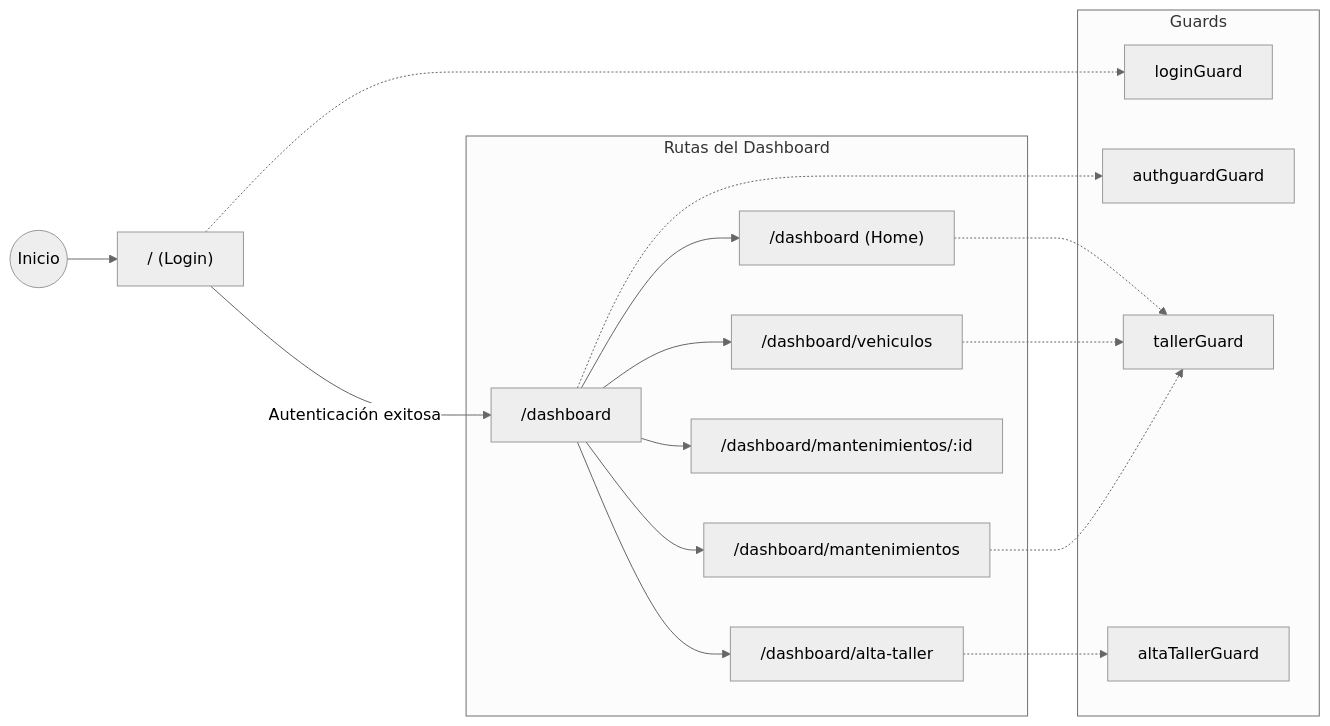
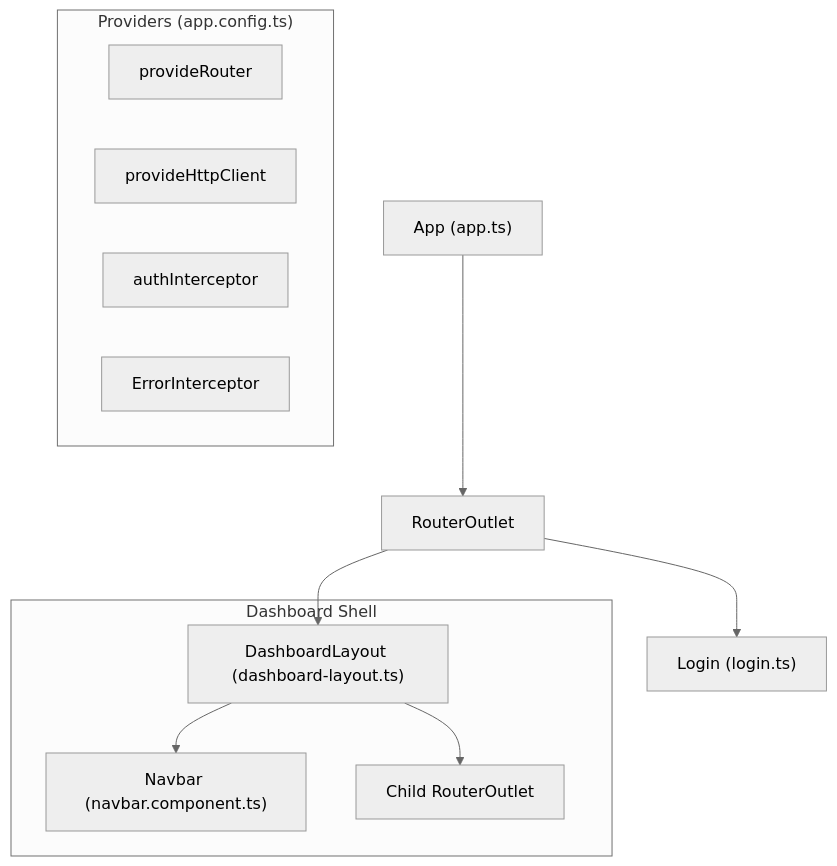
The first of 3 diagrams in README.md (JaviRSDEV/FrontCarLog), drawn with Mermaid (neutral theme) before and after one commit. The commit also changed other lines of this file, not shown here.

````diff
--- a/README.md
+++ b/README.md
@@ -87,27 +247,35 @@
 ```mermaid
-graph LR
-    Start(("Inicio")) --> Login["/ (Login)"]
-    Login -->|"Autenticación exitosa"| Dashboard["/dashboard"]
 
-    subgraph "Rutas del Dashboard"
-        Dashboard --> Home["/dashboard (Home)"]
-        Dashboard --> Vehiculos["/dashboard/vehiculos"]
-        Dashboard --> Mantenimientos["/dashboard/mantenimientos"]
-        Dashboard --> MantenimientoDetalle["/dashboard/mantenimientos/:id"]
-        Dashboard --> AltaTaller["/dashboard/alta-taller"]
+graph TD
+
+    A["App (app.ts)"] --> B["RouterOutlet"]
+
+    B --> C["Login (login.ts)"]
+
+    B --> D["DashboardLayout (dashboard-layout.ts)"]
+
+
+
+    subgraph "Dashboard Shell"
+
+        D --> E["Navbar (navbar.component.ts)"]
+
+        D --> F["Child RouterOutlet"]
+
     end
 
-    subgraph "Guards"
-        G1["loginGuard"]
-        G2["authguardGuard"]
-        G3["tallerGuard"]
-        G4["altaTallerGuard"]
+
+
+    subgraph "Providers (app.config.ts)"
+
+        P1["provideRouter"]
+
+        P2["provideHttpClient"]
+
+        P3["authInterceptor"]
+
+        P4["ErrorInterceptor"]
+
     end
 
-    Login -.-> G1
-    Dashboard -.-> G2
-    Home -.-> G3
-    Vehiculos -.-> G3
-    Mantenimientos -.-> G3
-    AltaTaller -.-> G4
 ```
````
